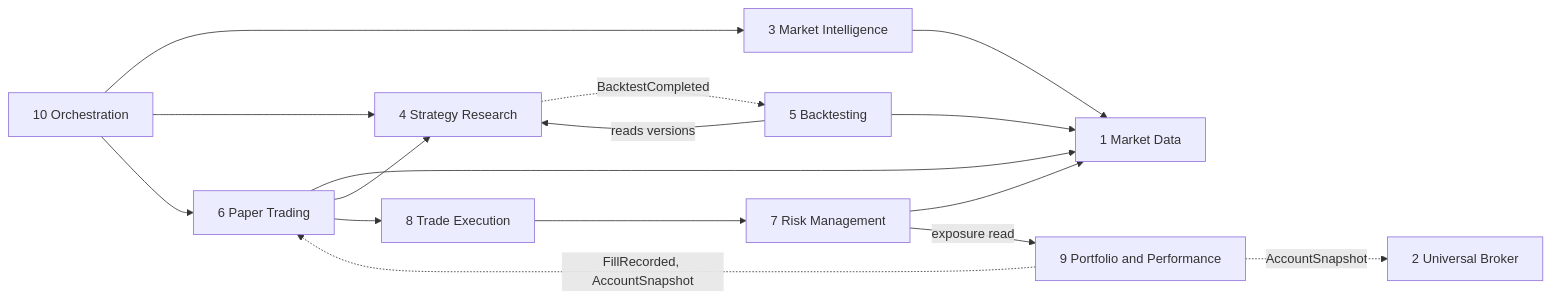
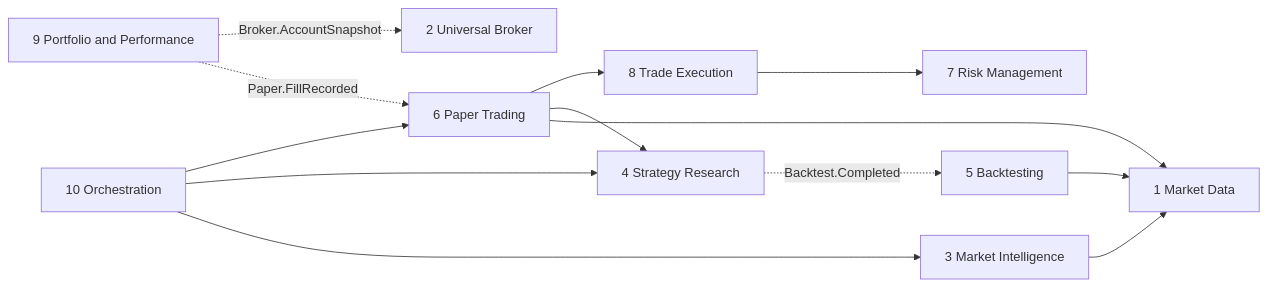
Before and after one commit to akaAvinash/finshot: the diagram in backend/docs/ENGINES.md, drawn with Mermaid. The commit also changed other lines of this file, not shown here.

````diff
--- a/backend/docs/ENGINES.md
+++ b/backend/docs/ENGINES.md
@@ -53,29 +58,26 @@
 ```mermaid
 flowchart LR
   MD[1 Market Data]
   UB[2 Universal Broker]
   MI[3 Market Intelligence]
   SR[4 Strategy Research]
   BT[5 Backtesting]
   PT[6 Paper Trading]
   RM[7 Risk Management]
   TE[8 Trade Execution]
   PP[9 Portfolio and Performance]
   OR[10 Orchestration]
 
   MI --> MD
   BT --> MD
-  BT -->|reads versions| SR
-  SR -.->|BacktestCompleted| BT
-  RM --> MD
-  RM -->|exposure read| PP
-  TE --> RM
+  SR -.->|Backtest.Completed| BT
   PT --> MD
   PT --> SR
   PT --> TE
-  PP -.->|FillRecorded, AccountSnapshot| PT
-  PP -.->|AccountSnapshot| UB
+  TE --> RM
+  PP -.->|Paper.FillRecorded| PT
+  PP -.->|Broker.AccountSnapshot| UB
   OR --> MI
   OR --> SR
   OR --> PT
 ```
````
